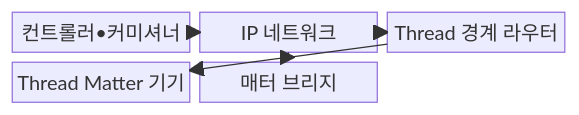
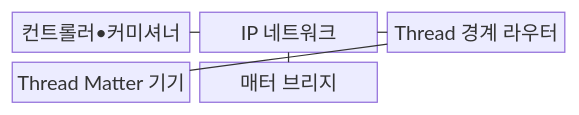
Before and after one commit to agnusdei1207/knowledge-base: the first of 2 diagrams in src/content/docs/notes/04-network/054_zigbee_thread_matter.md, drawn with Mermaid. The commit also changed other lines of this file and 493 other files, not shown here.

````diff
--- a/src/content/docs/notes/04-network/054_zigbee_thread_matter.md
+++ b/src/content/docs/notes/04-network/054_zigbee_thread_matter.md
@@ -67,13 +67,13 @@
 ```mermaid
 block-beta
     columns 3
     A["컨트롤러•커미셔너"]
     B["IP 네트워크"]
     C["Thread 경계 라우터"]
     D["Thread Matter 기기"]
     E["매터 브리지"]
-    A --> B
-    B --> C
-    C --> D
-    B --> E
+    A --- B
+    B --- C
+    C --- D
+    B --- E
 ```
````
